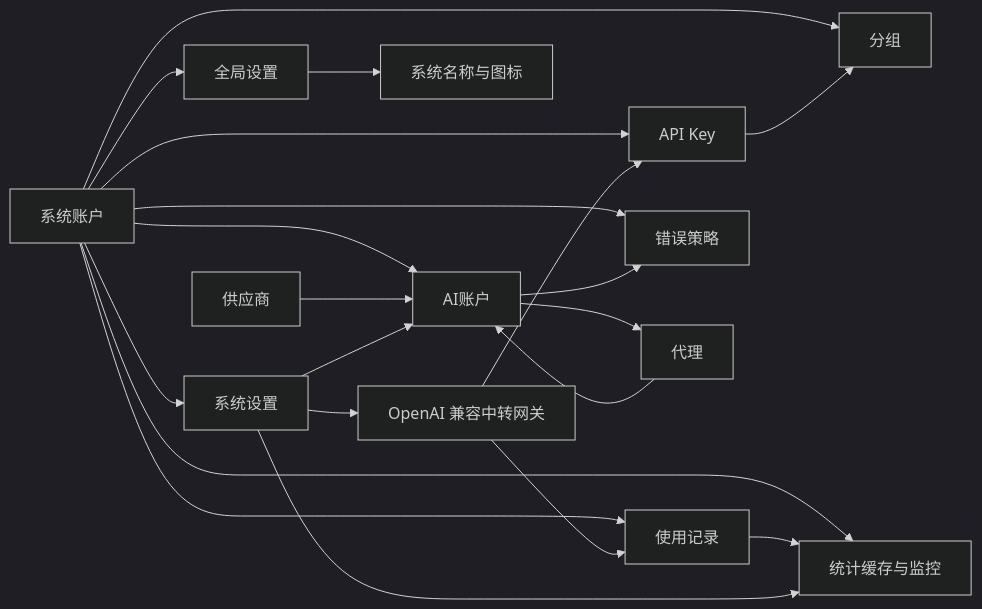
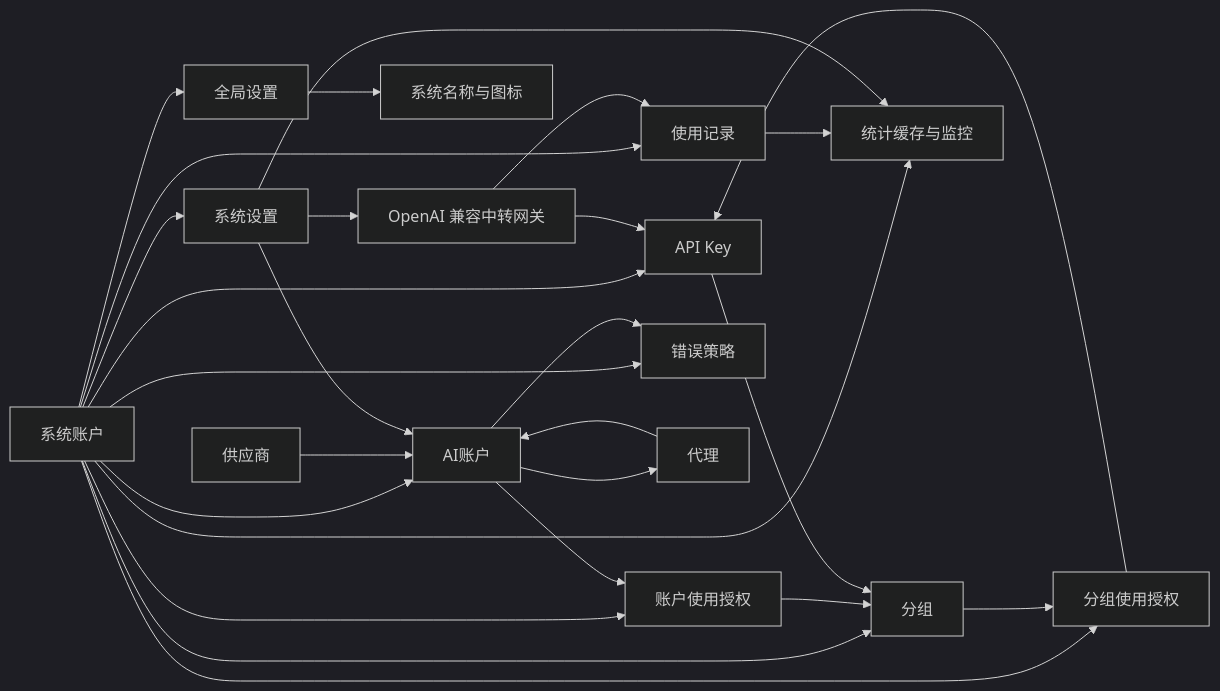
The diagram in docs/architecture.md (huanmin123/juhe-ai), drawn with Mermaid (dark theme) before and after one commit. The commit also changed other lines of this file and 16 other files, not shown here.

````diff
--- a/docs/architecture.md
+++ b/docs/architecture.md
@@ -46,23 +46,29 @@
 ```mermaid
 flowchart LR
   SystemAccount["系统账户"] --> GlobalSettings["全局设置"]
   SystemAccount --> SystemSettings["系统设置"]
   SystemAccount --> AIAccount["AI账户"]
+  SystemAccount --> AccountAuthorization["账户使用授权"]
   SystemAccount --> Group["分组"]
+  SystemAccount --> GroupAuthorization["分组使用授权"]
   SystemAccount --> APIKey["API Key"]
   SystemAccount --> Usage["使用记录"]
   SystemAccount --> Stats["统计缓存与监控"]
   SystemAccount --> ErrorPolicy["错误策略"]
   GlobalSettings --> AppBrand["系统名称与图标"]
   Provider["供应商"] --> AIAccount
   Proxy["代理"] --> AIAccount
   AIAccount --> Proxy
   AIAccount --> ErrorPolicy
+  AIAccount --> AccountAuthorization
+  AccountAuthorization --> Group
+  Group --> GroupAuthorization
+  GroupAuthorization --> APIKey
   APIKey --> Group
   Gateway["OpenAI 兼容中转网关"] --> APIKey
   Gateway --> Usage["使用记录"]
   Usage --> Stats["统计缓存与监控"]
   SystemSettings --> Gateway
   SystemSettings --> AIAccount
   SystemSettings --> Stats
 ```
````
